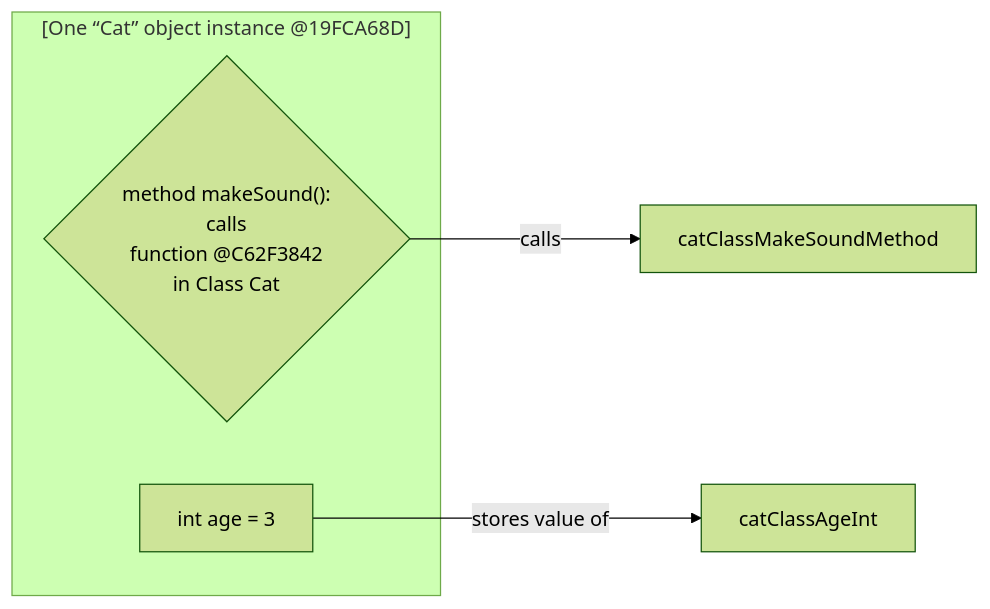
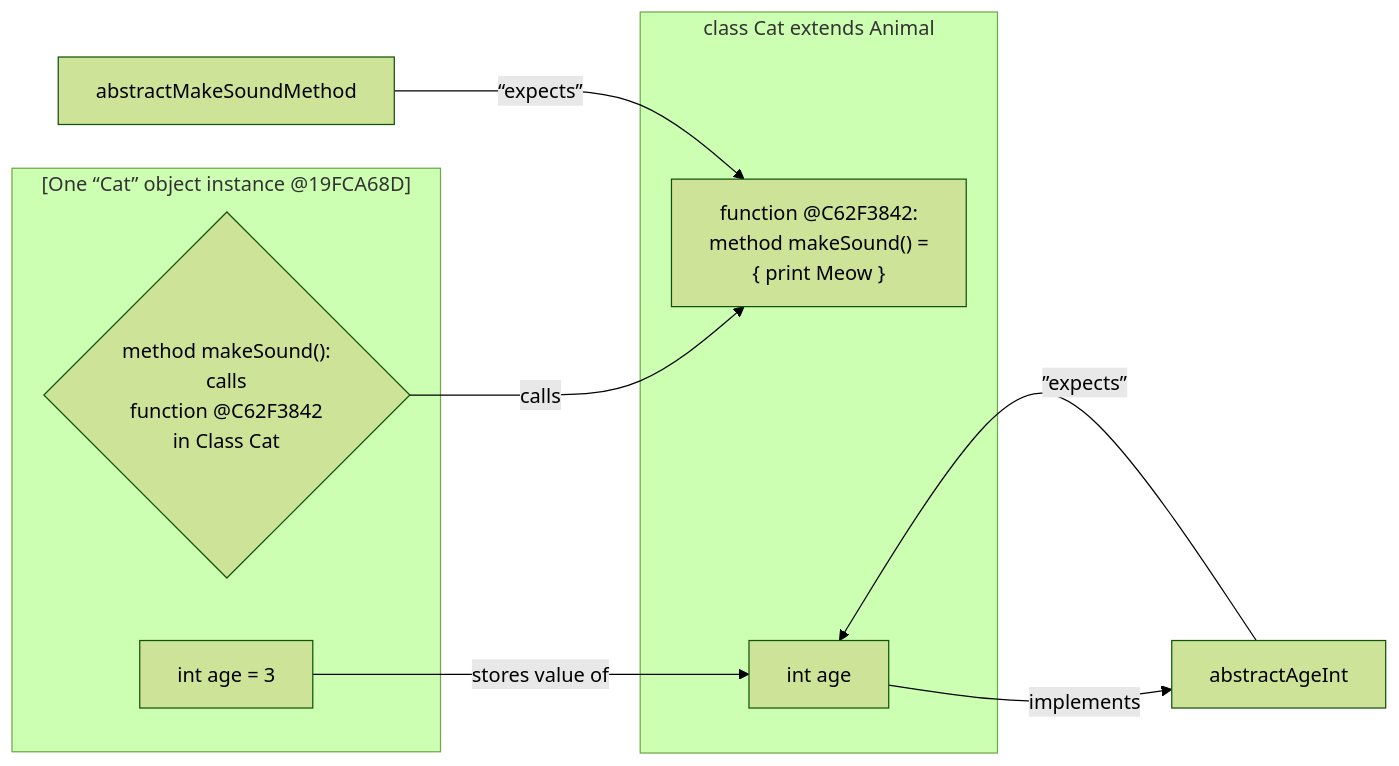
The first of 5 diagrams in 09-ClassOrientedProgramming.md (realityexpander/How_to_program_from_ground_up), drawn with Mermaid (forest theme) before and after one commit.

Commit message:
Add to COP

````diff
--- a/09-ClassOrientedProgramming.md
+++ b/09-ClassOrientedProgramming.md
@@ -28,39 +28,39 @@
     ```mermaid
       flowchart LR
       
-    catObjectMakeSoundMethodFunctionPointer -- calls --> catClassMakeSoundMethod:::Object
+      catObjectMakeSoundMethodFunctionPointer -- calls --> catClassMakeSoundMethod:::Object
       catObjectAgeInt -- stores value of --> catClassAgeInt
       subgraph catObject["[One “Cat” object instance @19FCA68D]"]
           catObjectAgeInt["int age = 3"]
           catObjectMakeSoundMethodFunctionPointer{"method makeSound(): 
                                              calls 
                                        function @C62F3842
                                        in Class Cat"}
       end
-%%      abstractAgeInt -- ”expects” --> catClassAgeInt
-%%      abstractMakeSoundMethod -- “expects” --> catClassMakeSoundMethod:::Object
-%%      catClassAgeInt -- implements --> abstractAgeInt:::Abstract
-%%      subgraph classCat["class Cat extends Animal"]
-%%          catClassAgeInt["int age"]
-%%          catClassMakeSoundMethod["function @C62F3842:  
-%%                      method makeSound() =
-%%                      { print Meow }"]
-%%      end
+      abstractAgeInt -- ”expects” --> catClassAgeInt
+      abstractMakeSoundMethod -- “expects” --> catClassMakeSoundMethod:::Object
+      catClassAgeInt -- implements --> abstractAgeInt:::Abstract
+      subgraph classCat["class Cat extends Animal"]
+          catClassAgeInt["int age"]
+          catClassMakeSoundMethod["function @C62F3842:  
+                      method makeSound() =
+                      { print Meow }"]
+      end
 %%      
 %%      classCat -- creates object --> catObject:::Object
 %%      classCat -- extends --> abstractAnimal:::Abstract
 %%      catClassMakeSoundMethod -- implements --> abstractMakeSoundMethod:::Abstract
 %%      subgraph abstractAnimal["abstract class Animal"]
 %%        abstractAgeInt["abstract int age"]
 %%        abstractMakeSoundMethod["abstract method 
 %%                                 makeSound()"]
 %%      end
 %%      
 %%      classDef Abstract fill:#222, stroke:#0F0, stroke-width:1px, color:#fff, stroke-dasharray: 5 5
 %%      classDef Class fill:#444, stroke:#00F, stroke-width:1px, color:#000, stroke-dasharray: 5 5
 %%      style classCat fill:#444, stroke:#DDD, stroke-width:1px, color:#000, stroke-dasharray: 5 5
 %%      style catClassAgeInt fill:#444, stroke:#DDD, stroke-width:1px, color:#FFF, stroke-dasharray: 5 5
 %%      classDef Object fill:#55F, stroke:#FFF, stroke-width:3px, color:#fff
 %%      style catObjectAgeInt fill:#55F, stroke:#FFF, stroke-width:3px, color:#fff
 %%      style catObjectMakeSoundMethodFunctionPointer fill:#222, stroke:#DDD, stroke-width:1px, color:#000, stroke-dasharray: 5 5
     ```
````
